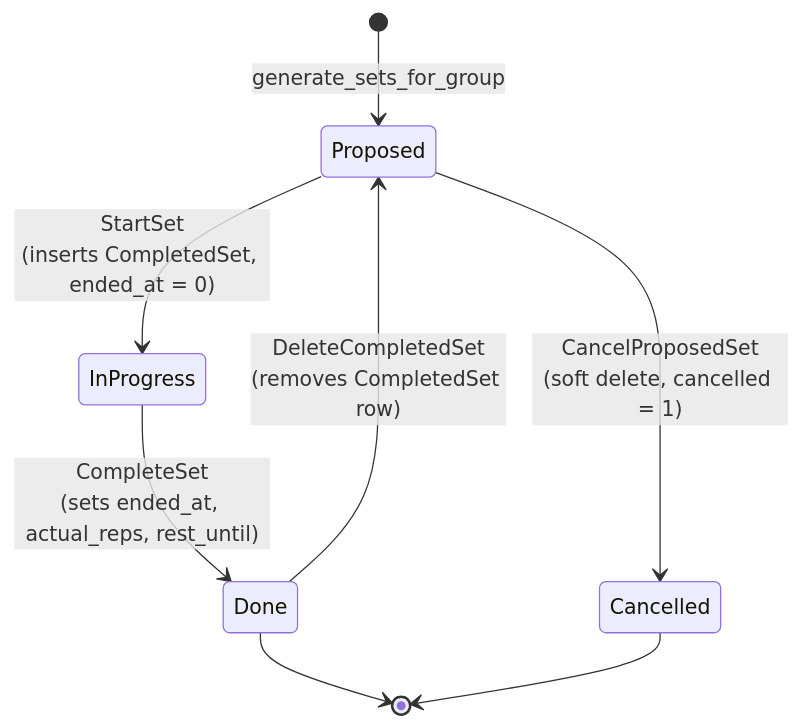
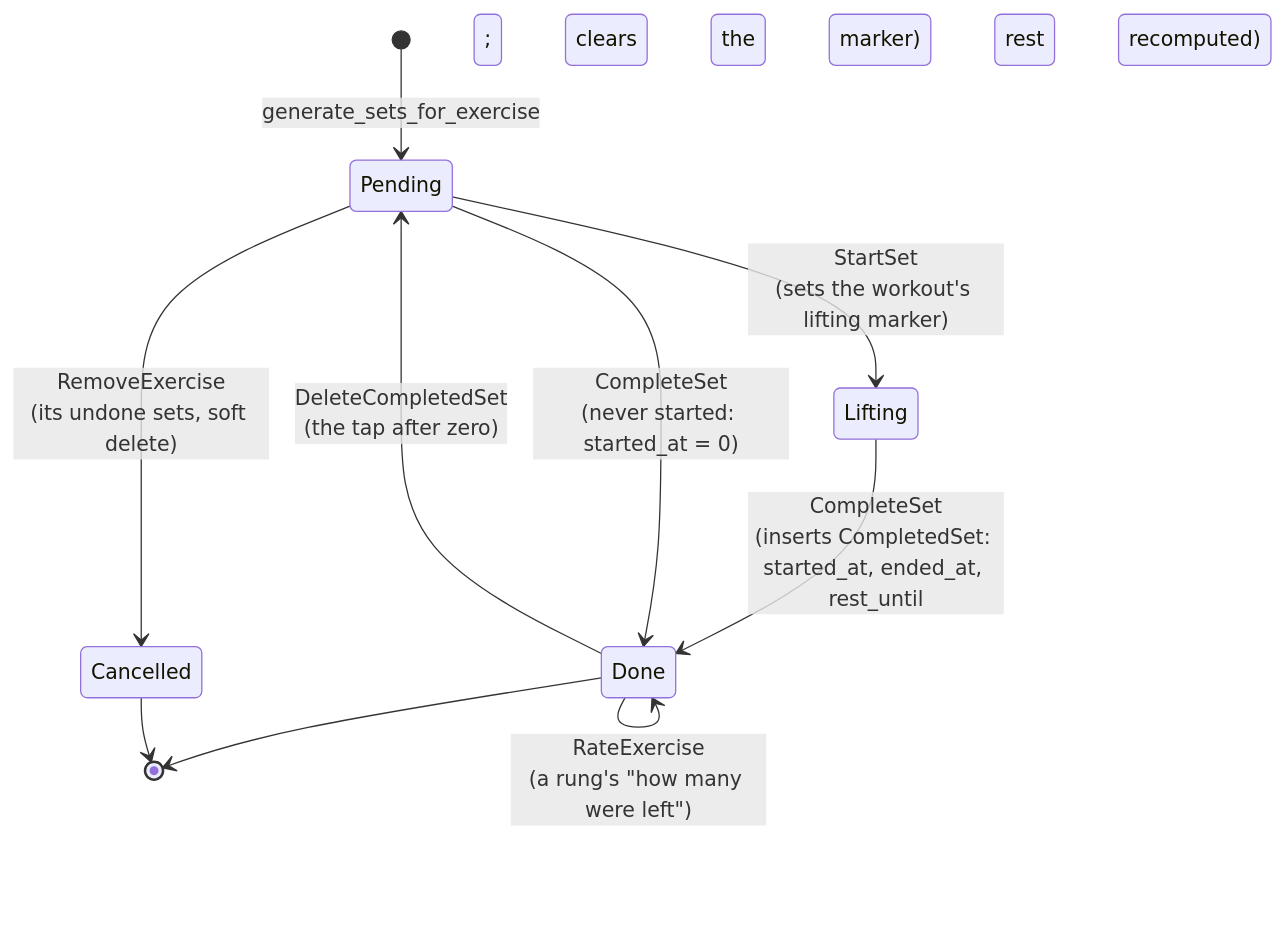
One commit to brensch/lift changed the third of 7 diagrams in docs/architecture/workout-lifecycle.md. Above: the diagram before and after it, drawn with Mermaid. The commit also changed other lines of this file and 228 other files, not shown here.

First line of the commit message:
Set circles, lifting & yapping states, flat TE look (#71)

````diff
--- a/docs/architecture/workout-lifecycle.md
+++ b/docs/architecture/workout-lifecycle.md
@@ -47,10 +55,13 @@
 ```mermaid
 stateDiagram-v2
-    [*] --> Proposed: generate_sets_for_group
-    Proposed --> InProgress: StartSet<br/>(inserts CompletedSet, ended_at = 0)
-    InProgress --> Done: CompleteSet<br/>(sets ended_at, actual_reps, rest_until)
-    Proposed --> Cancelled: CancelProposedSet<br/>(soft delete, cancelled = 1)
-    Done --> Proposed: DeleteCompletedSet<br/>(removes CompletedSet row)
+    [*] --> Pending: generate_sets_for_exercise
+    Pending --> Lifting: StartSet<br/>(sets the workout's lifting marker)
+    Lifting --> Done: CompleteSet<br/>(inserts CompletedSet: started_at, ended_at, rest_until; clears the marker)
+    Pending --> Done: CompleteSet<br/>(never started: started_at = 0)
+    Done --> Done: EditCompletedSet<br/>(a tap per missed rep; rest recomputed)
+    Done --> Done: RateExercise<br/>(a rung's "how many were left")
+    Pending --> Cancelled: RemoveExercise<br/>(its undone sets, soft delete)
+    Done --> Pending: DeleteCompletedSet<br/>(the tap after zero)
     Done --> [*]
     Cancelled --> [*]
 ```
````
